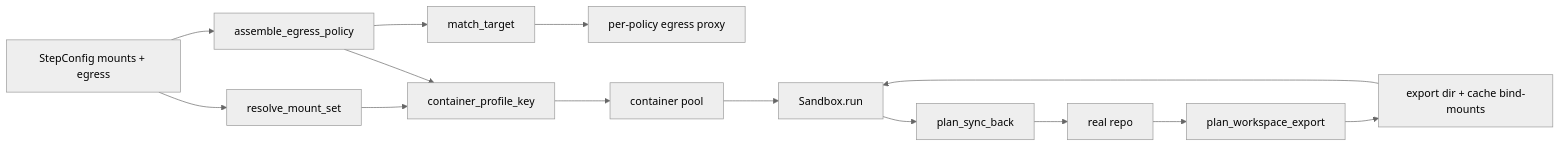
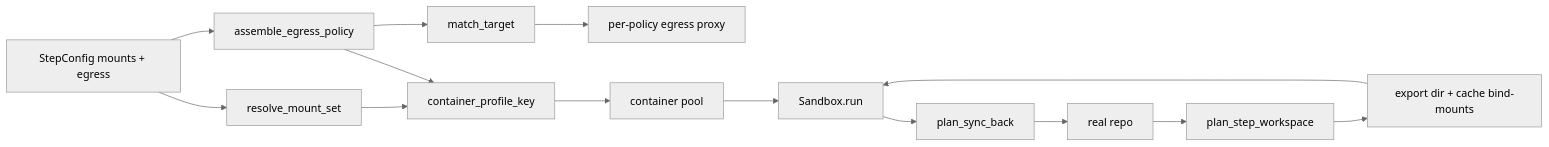
The diagram in aidlc-docs/construction/unit-5/functional-design/business-logic-model.md (lukedawilson/agentic-dev-loop), drawn with Mermaid (neutral theme) before and after one commit. The commit also changed other lines of this file and 24 other files, not shown here.

Commit message:
chore: scrub commercial name; add unit-5 ERD, step-execution flowchart, and fold-in docs

````diff
--- a/aidlc-docs/construction/unit-5/functional-design/business-logic-model.md
+++ b/aidlc-docs/construction/unit-5/functional-design/business-logic-model.md
@@ -81,16 +81,16 @@
 ```mermaid
 flowchart LR
     CFG[StepConfig mounts + egress] --> RMP[resolve_mount_set]
     CFG --> AEP[assemble_egress_policy]
     AEP --> MAT[match_target]
     MAT --> PRX[per-policy egress proxy]
     RMP --> KEY[container_profile_key]
     AEP --> KEY
     KEY --> POOL[container pool]
-    REPO[real repo] --> EXP[plan_workspace_export]
+    REPO[real repo] --> EXP[plan_step_workspace]
     EXP --> ED[export dir + cache bind-mounts]
     ED --> SBX[Sandbox.run]
     POOL --> SBX
     SBX --> SYNC[plan_sync_back]
     SYNC --> REPO
 ```
````
